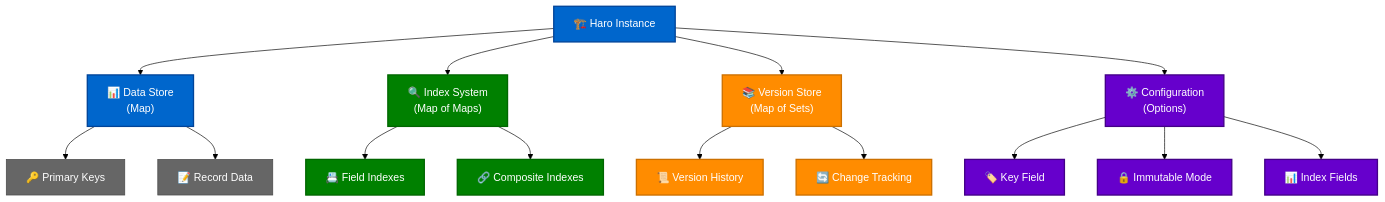
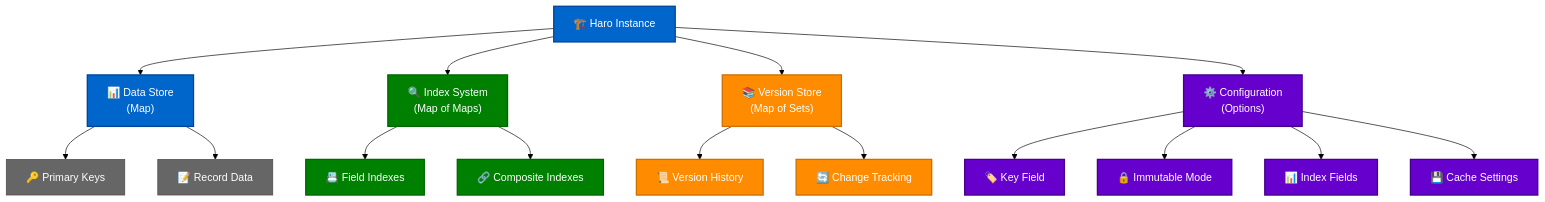
The first of 9 diagrams in docs/TECHNICAL_DOCUMENTATION.md (avoidwork/haro), drawn with Mermaid (forest theme) before and after one commit. The commit also changed other lines of this file and 54 other files, not shown here.

````diff
--- a/docs/TECHNICAL_DOCUMENTATION.md
+++ b/docs/TECHNICAL_DOCUMENTATION.md
@@ -25,32 +26,33 @@
 ```mermaid
 graph TB
     A["🏗️ Haro Instance"] --> B["📊 Data Store<br/>(Map)"]
     A --> C["🔍 Index System<br/>(Map of Maps)"]
     A --> D["📚 Version Store<br/>(Map of Sets)"]
     A --> E["⚙️ Configuration<br/>(Options)"]
     
     B --> F["🔑 Primary Keys"]
     B --> G["📝 Record Data"]
     
     C --> H["📇 Field Indexes"]
     C --> I["🔗 Composite Indexes"]
     
     D --> J["📜 Version History"]
     D --> K["🔄 Change Tracking"]
     
     E --> L["🏷️ Key Field"]
     E --> M["🔒 Immutable Mode"]
     E --> N["📊 Index Fields"]
+    E --> O["💾 Cache Settings"]
     
     classDef dataStore fill:#0066CC,stroke:#004499,stroke-width:2px,color:#fff
     classDef indexSystem fill:#008000,stroke:#006600,stroke-width:2px,color:#fff
     classDef versionStore fill:#FF8C00,stroke:#CC7000,stroke-width:2px,color:#fff
     classDef config fill:#6600CC,stroke:#440088,stroke-width:2px,color:#fff
     classDef detail fill:#666666,stroke:#444444,stroke-width:1px,color:#fff
     
     class A,B dataStore
     class C,H,I indexSystem
     class D,J,K versionStore
-    class E,L,M,N config
+    class E,L,M,N,O config
     class F,G detail
 ```
````
